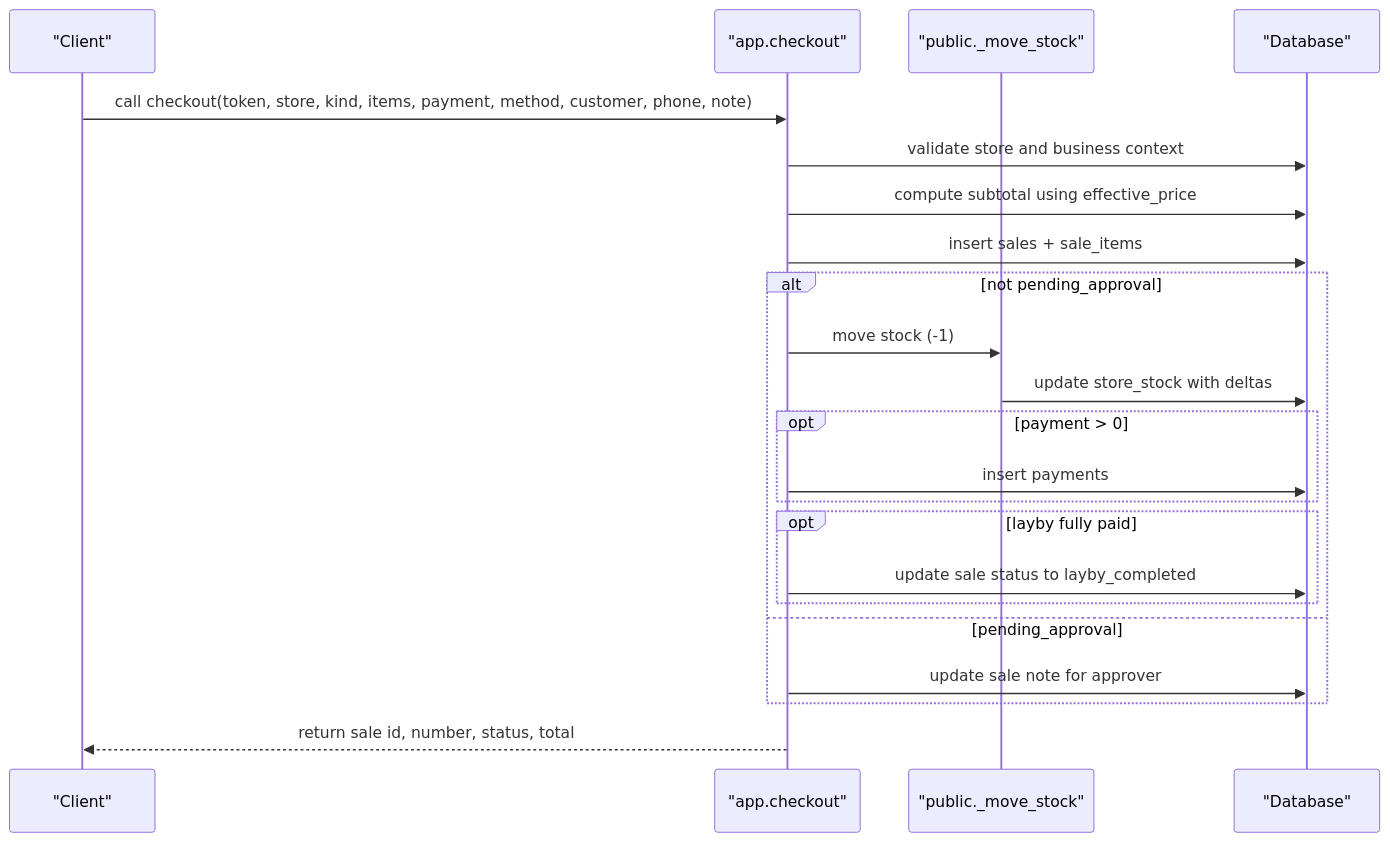
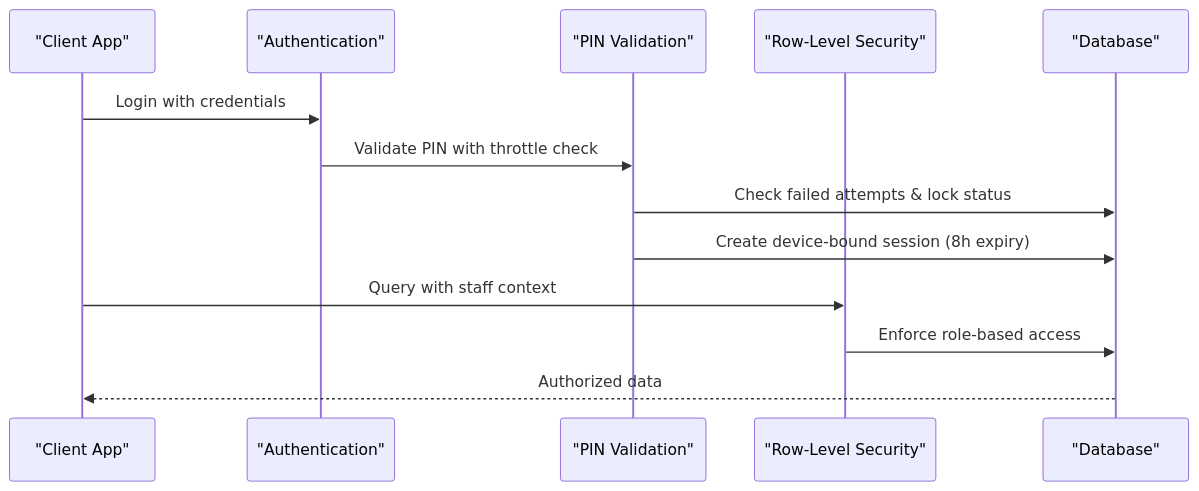
One commit to themclloyd/storq changed the third of 4 diagrams in .qoder/repowiki/en/content/Database Schema Design.md. Above: the diagram before and after it, drawn with Mermaid. The commit also changed other lines of this file and 45 other files, not shown here.

First line of the commit message:
feat(database): enhance POS schema with security and retail operations

````diff
--- a/.qoder/repowiki/en/content/Database Schema Design.md
+++ b/.qoder/repowiki/en/content/Database Schema Design.md
@@ -454,24 +148,15 @@
 ```mermaid
 sequenceDiagram
-participant Client as "Client"
-participant App as "app.checkout"
-participant Pub as "public._move_stock"
+participant Client as "Client App"
+participant Auth as "Authentication"
+participant PIN as "PIN Validation"
+participant RLS as "Row-Level Security"
 participant DB as "Database"
-Client->>App : call checkout(token, store, kind, items, payment, method, customer, phone, note)
-App->>DB : validate store and business context
-App->>DB : compute subtotal using effective_price
-App->>DB : insert sales + sale_items
-alt not pending_approval
-App->>Pub : move stock (-1)
-Pub->>DB : update store_stock with deltas
-opt payment > 0
-App->>DB : insert payments
-end
-opt layby fully paid
-App->>DB : update sale status to layby_completed
-end
-else pending_approval
-App->>DB : update sale note for approver
-end
-App-->>Client : return sale id, number, status, total
+Client->>Auth : Login with credentials
+Auth->>PIN : Validate PIN with throttle check
+PIN->>DB : Check failed attempts & lock status
+PIN->>DB : Create device-bound session (8h expiry)
+Client->>RLS : Query with staff context
+RLS->>DB : Enforce role-based access
+DB-->>Client : Authorized data
 ```
````
